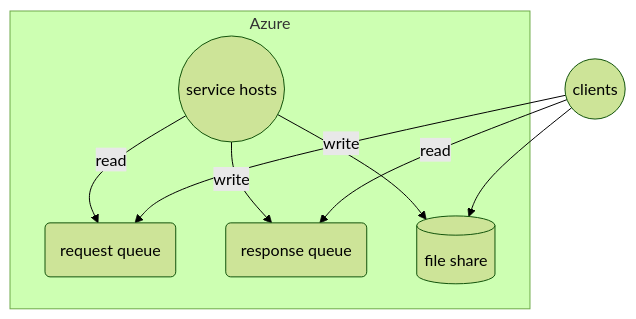
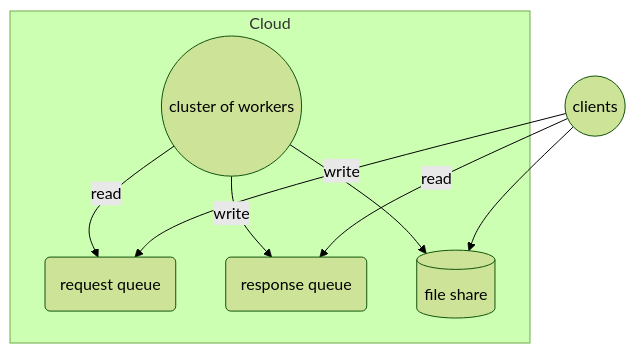
Before and after one commit to coin8086/cloudworker: the first of 4 diagrams in design/draft.md, drawn with Mermaid (forest theme). The commit also changed other lines of this file, not shown here.

````diff
--- a/design/draft.md
+++ b/design/draft.md
@@ -7,17 +7,17 @@
 ```mermaid
 flowchart
-    subgraph Azure
-        cluster((service hosts))
+    subgraph Cloud
+        cluster((cluster of workers))
         inq(request queue)
         outq(response queue)
         storage[(file share)]
         cluster --> |read| inq
         cluster --> |write| outq
         cluster --> storage
     end
 
     client((clients))
     client --> |write| inq
     client --> |read| outq
     client --> storage
 ```
````
